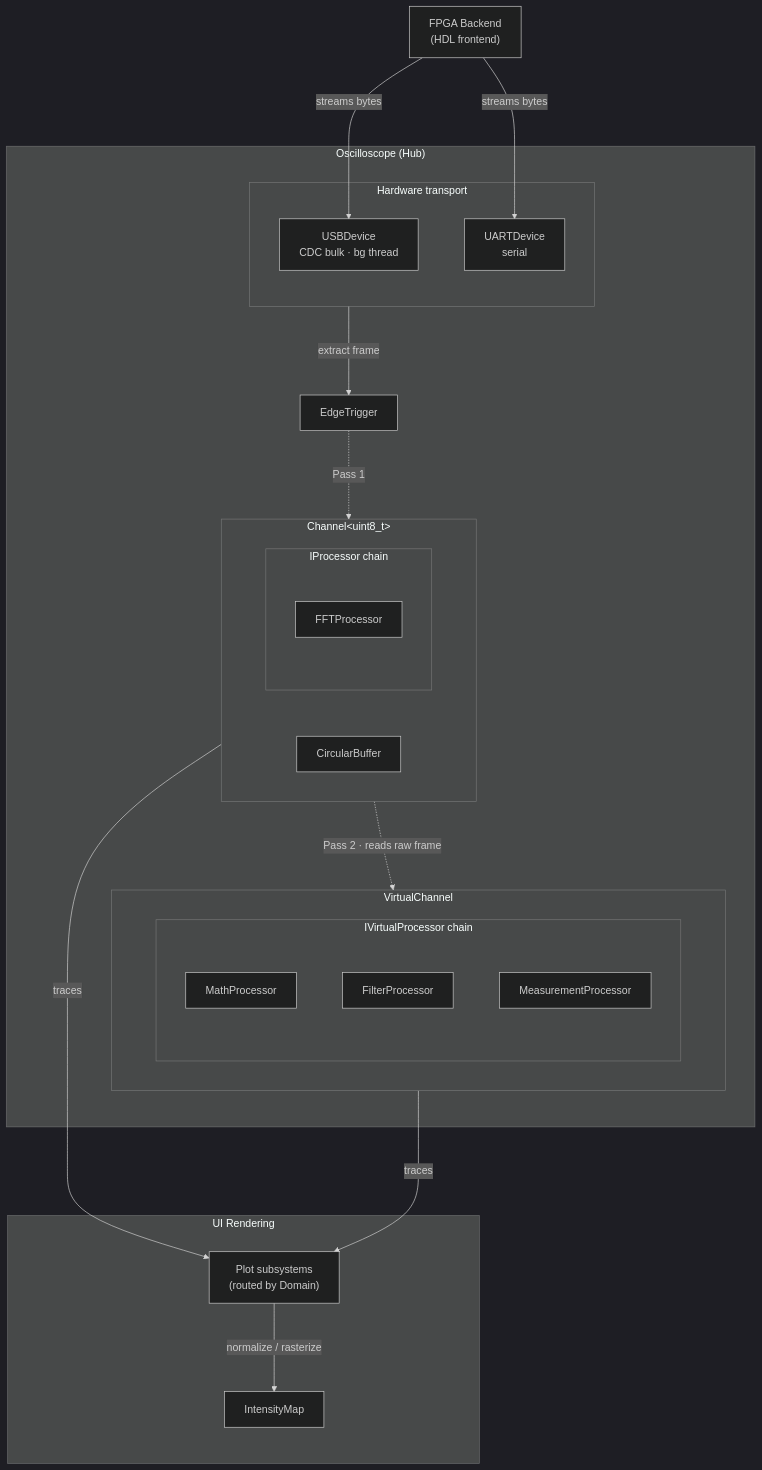
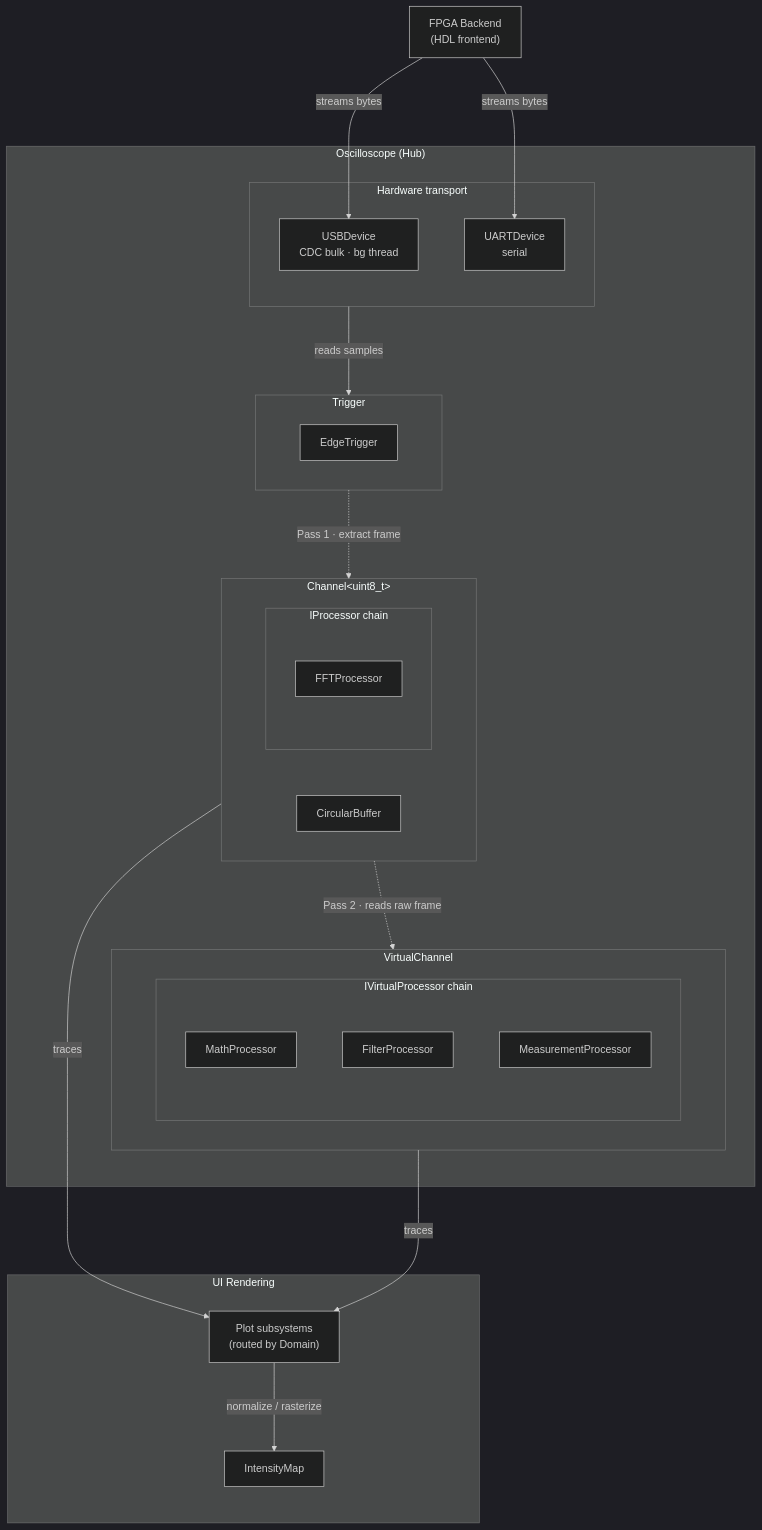
One commit to wavius/Scoped changed the first of 2 diagrams in docs/ARCHITECTURE.md. Above: the diagram before and after it, drawn with Mermaid (dark theme).

Commit message:
update architecture flowchart

````diff
--- a/docs/ARCHITECTURE.md
+++ b/docs/ARCHITECTURE.md
@@ -10,49 +10,51 @@
 ```mermaid
 flowchart TD
     %%{init: {"flowchart": {"nodeSpacing": 70, "rankSpacing": 110}}}%%
     HW["FPGA Backend<br/>(HDL frontend)"]
 
     subgraph OSC["Oscilloscope (Hub)"]
         subgraph HWIF["Hardware transport"]
             USB["USBDevice<br/>CDC bulk · bg thread"]
             UART["UARTDevice<br/>serial"]
         end
 
-        TRG["EdgeTrigger"]
+        subgraph TRG["Trigger"]
+            ET["EdgeTrigger"]
+        end
 
         subgraph HC["Channel&lt;uint8_t&gt;"]
             CB["CircularBuffer"]
             subgraph IP["IProcessor chain"]
                 FFT["FFTProcessor"]
             end
         end
 
         subgraph VC["VirtualChannel"]
             subgraph VP["IVirtualProcessor chain"]
                 MATH["MathProcessor"]
                 FILT["FilterProcessor"]
                 MEAS["MeasurementProcessor"]
             end
         end
     end
 
     subgraph REND["UI Rendering"]
         PLT["Plot subsystems<br/>(routed by Domain)"]
         IM["IntensityMap"]
     end
 
     HW -->|"streams bytes"| USB
     HW -->|"streams bytes"| UART
 
-    HWIF -->|"extract frame"| TRG
+    HWIF -->|"reads samples"| TRG
 
-    TRG -.->|"Pass 1"| HC
+    TRG -.->|"Pass 1 · extract frame"| HC
 
     HC -.->|"Pass 2 · reads raw frame"| VC
 
     HC -->|"traces"| PLT
     VC -->|"traces"| PLT
     PLT -->|"normalize / rasterize"| IM
 
     HC ~~~ VC
 ```
````
